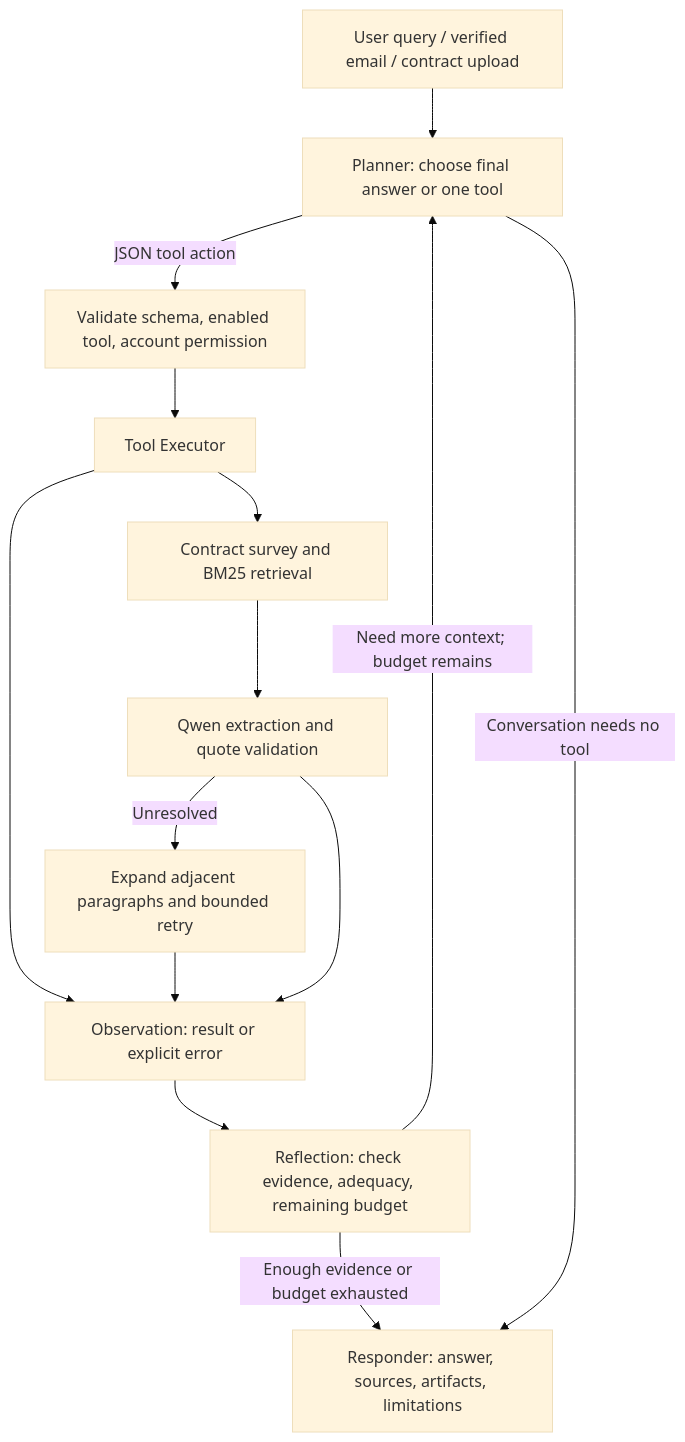
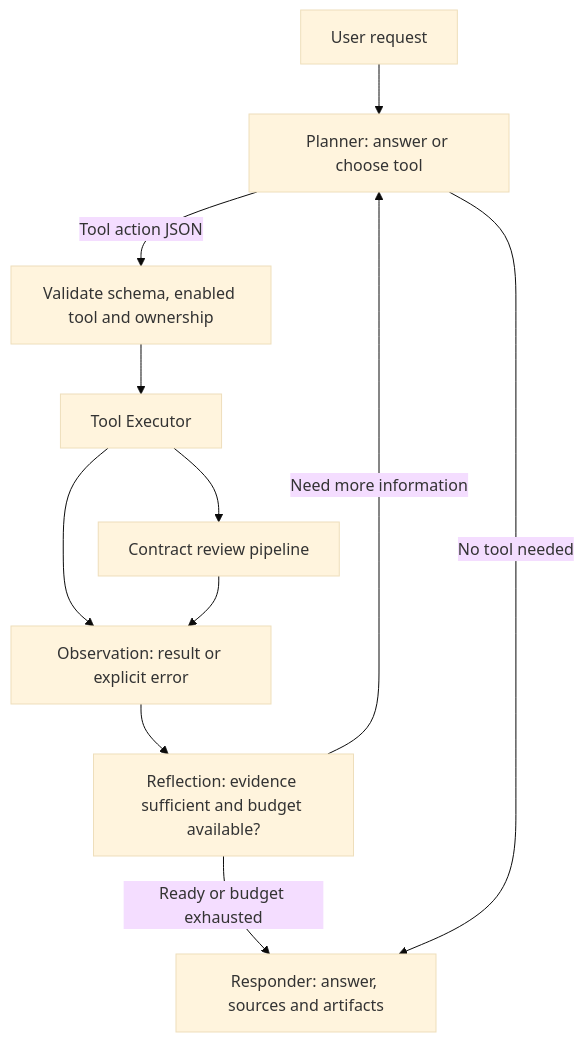
One commit to Ray-WONG42/csit6000v-contract-review-agent changed the first of 3 diagrams in README.md. Above: the diagram before and after it, drawn with Mermaid (base theme). The commit also changed other lines of this file, not shown here.

````diff
--- a/README.md
+++ b/README.md
@@ -26,16 +45,13 @@
 ```mermaid
 flowchart TD
-    U[User query / verified email / contract upload] --> P[Planner: choose final answer or one tool]
-    P -->|JSON tool action| V[Validate schema, enabled tool, account permission]
-    V --> T[Tool Executor]
-    T --> O[Observation: result or explicit error]
-    O --> R[Reflection: check evidence, adequacy, remaining budget]
-    R -->|Need more context; budget remains| P
-    R -->|Enough evidence or budget exhausted| A[Responder: answer, sources, artifacts, limitations]
-    P -->|Conversation needs no tool| A
-    T --> C[Contract survey and BM25 retrieval]
-    C --> E[Qwen extraction and quote validation]
-    E -->|Unresolved| X[Expand adjacent paragraphs and bounded retry]
-    X --> O
-    E --> O
+    U["User request"] --> P["Planner: answer or choose tool"]
+    P -->|Tool action JSON| V["Validate schema, enabled tool and ownership"]
+    V --> T["Tool Executor"]
+    T --> O["Observation: result or explicit error"]
+    O --> R["Reflection: evidence sufficient and budget available?"]
+    R -->|Need more information| P
+    R -->|Ready or budget exhausted| A["Responder: answer, sources and artifacts"]
+    P -->|No tool needed| A
+    T --> C["Contract review pipeline"]
+    C --> O
 ```
````
